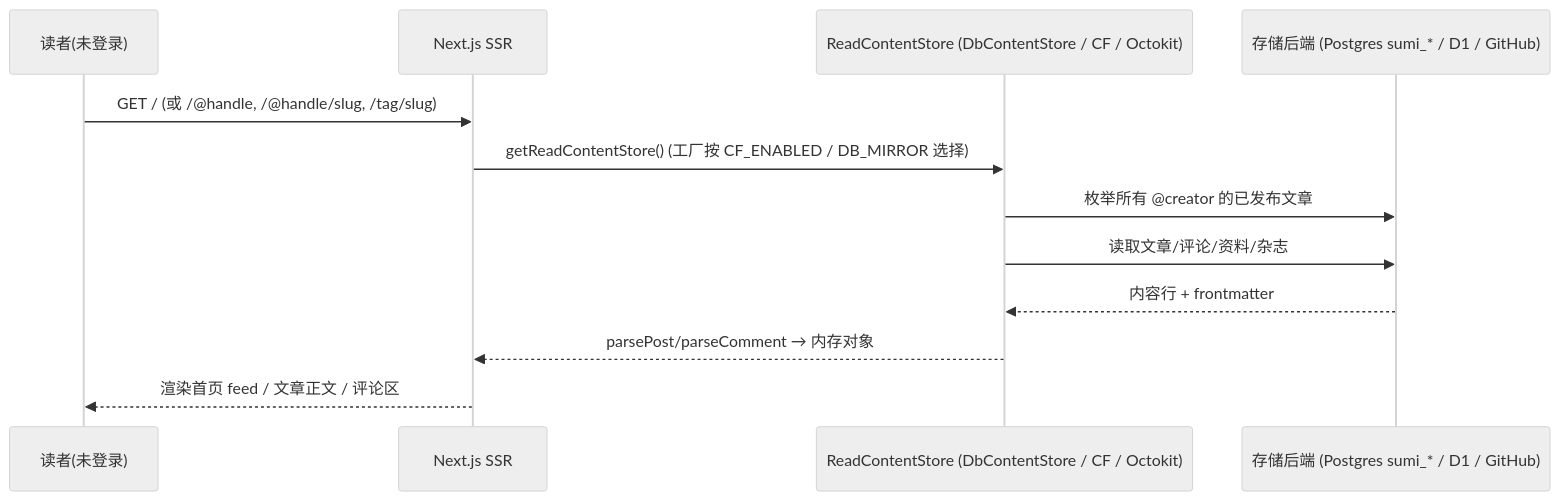
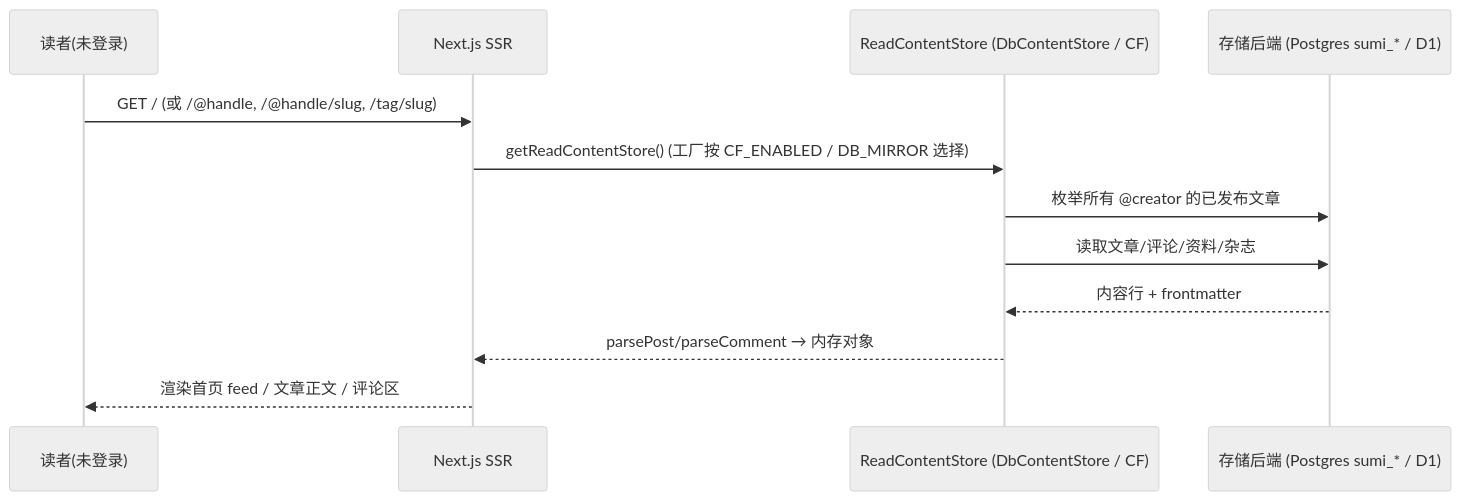
The fifth of 12 diagrams in docs/ARCHITECTURE.md (fuyucn/sumi), drawn with Mermaid (neutral theme) before and after one commit. The commit also changed other lines of this file and 167 other files, not shown here.

Commit message:
docs: sumi architecture article with generated diagrams, published via remote MCP

````diff
--- a/docs/ARCHITECTURE.md
+++ b/docs/ARCHITECTURE.md
@@ -276,15 +249,15 @@
 ```mermaid
 sequenceDiagram
     participant R as 读者(未登录)
     participant N as Next.js SSR
-    participant CS as ReadContentStore (DbContentStore / CF / Octokit)
-    participant S as 存储后端 (Postgres sumi_* / D1 / GitHub)
+    participant CS as ReadContentStore (DbContentStore / CF)
+    participant S as 存储后端 (Postgres sumi_* / D1)
 
     R->>N: GET / (或 /@handle, /@handle/slug, /tag/slug)
     N->>CS: getReadContentStore() (工厂按 CF_ENABLED / DB_MIRROR 选择)
     CS->>S: 枚举所有 @creator 的已发布文章
     CS->>S: 读取文章/评论/资料/杂志
     S-->>CS: 内容行 + frontmatter
     CS-->>N: parsePost/parseComment → 内存对象
     N-->>R: 渲染首页 feed / 文章正文 / 评论区
 ```
````
